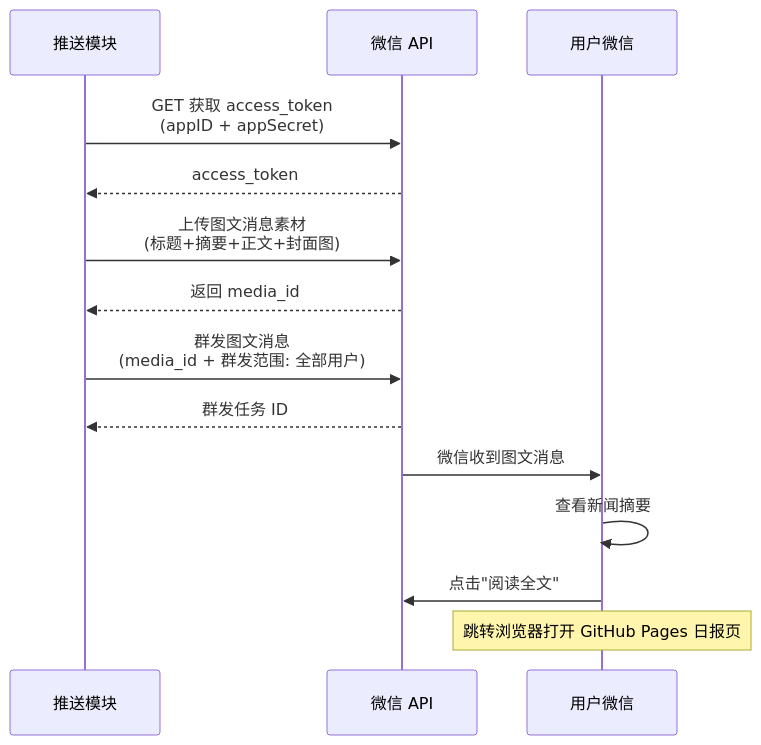
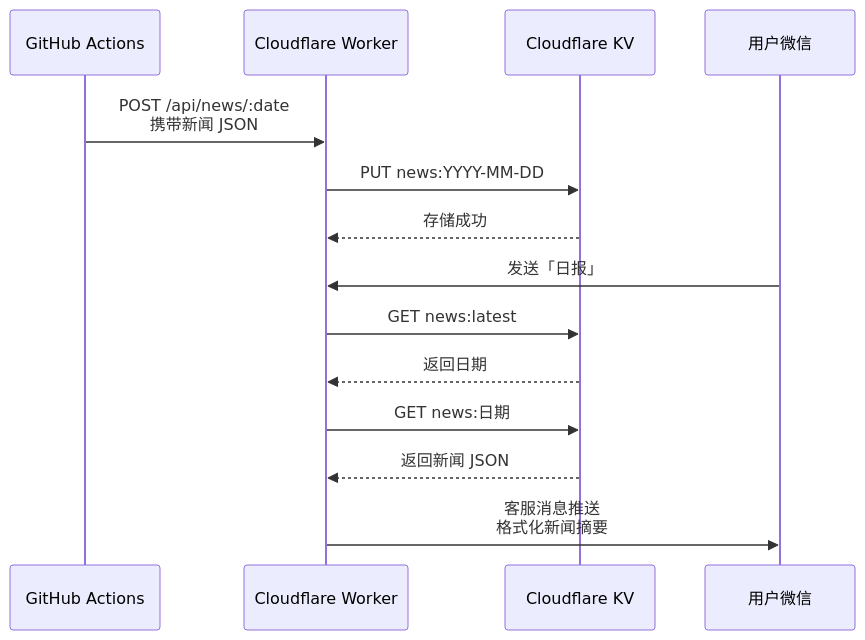
Before and after one commit to tanx0702/ai-daily-news: the fifth of 7 diagrams in personMdDosc/PRD.md, drawn with Mermaid. The commit also changed other lines of this file and 3 other files, not shown here.

````diff
--- a/personMdDosc/PRD.md
+++ b/personMdDosc/PRD.md
@@ -486,17 +322,18 @@
 ```mermaid
 sequenceDiagram
-    participant P as 推送模块
-    participant W as 微信 API
+    participant G as GitHub Actions
+    participant W as Cloudflare Worker
+    participant K as Cloudflare KV
     participant U as 用户微信
 
-    P->>W: GET 获取 access_token<br>(appID + appSecret)
-    W-->>P: access_token
-    P->>W: 上传图文消息素材<br>(标题+摘要+正文+封面图)
-    W-->>P: 返回 media_id
-    P->>W: 群发图文消息<br>(media_id + 群发范围: 全部用户)
-    W-->>P: 群发任务 ID
-    W->>U: 微信收到图文消息
-    U->>U: 查看新闻摘要
-    U->>W: 点击"阅读全文"
-    Note over U: 跳转浏览器打开 GitHub Pages 日报页
+    G->>W: POST /api/news/:date<br>携带新闻 JSON
+    W->>K: PUT news:YYYY-MM-DD
+    K-->>W: 存储成功
+
+    U->>W: 发送「日报」
+    W->>K: GET news:latest
+    K-->>W: 返回日期
+    W->>K: GET news:日期
+    K-->>W: 返回新闻 JSON
+    W->>U: 客服消息推送<br>格式化新闻摘要
 ```
````
